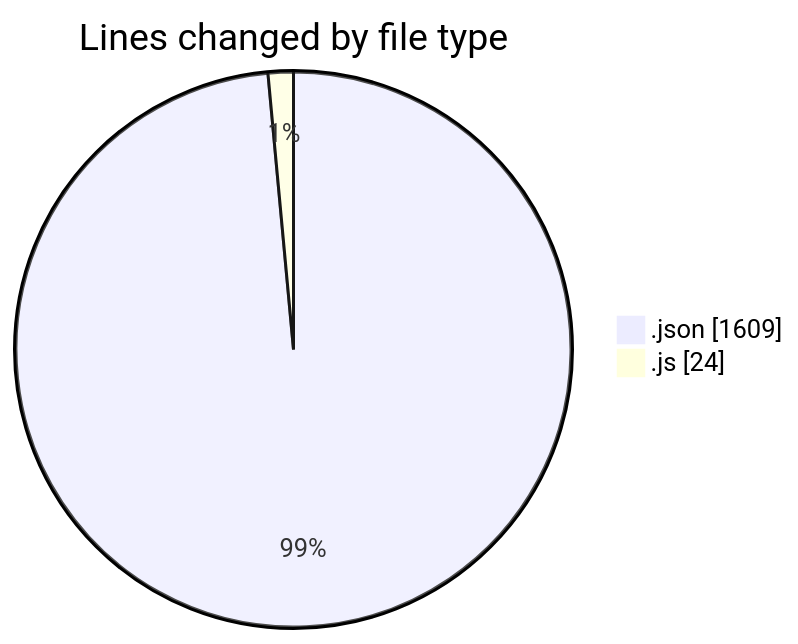
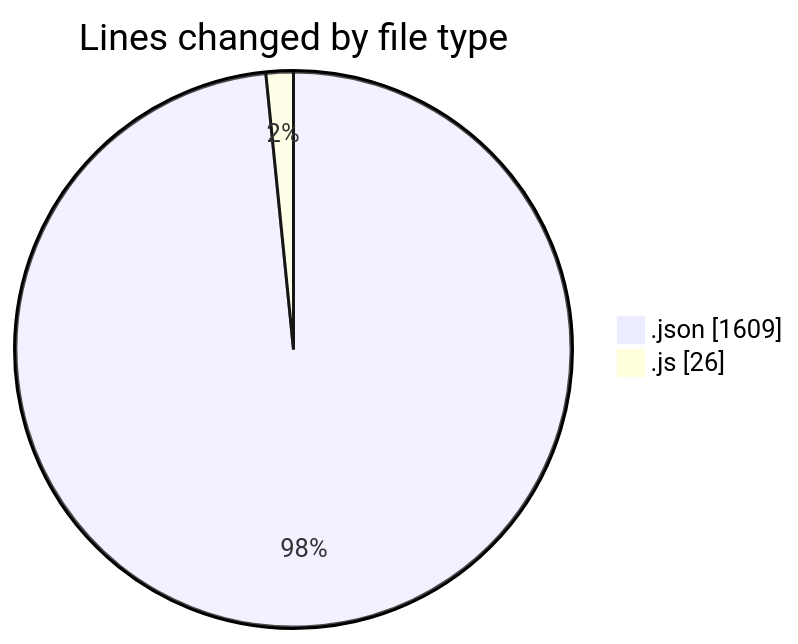
Before and after one commit to nxtqubesakshisongat/code-tracking: the first of 2 diagrams in 2026-02-13/graphql/README.md, drawn with Mermaid. The commit also changed other lines of this file and 1 other file, not shown here.

````diff
--- a/2026-02-13/graphql/README.md
+++ b/2026-02-13/graphql/README.md
@@ -22,6 +22,6 @@
 ```mermaid
 pie showData
 title Lines changed by file type
 ".json" : 1609
-".js" : 24
+".js" : 26
 ```
````
